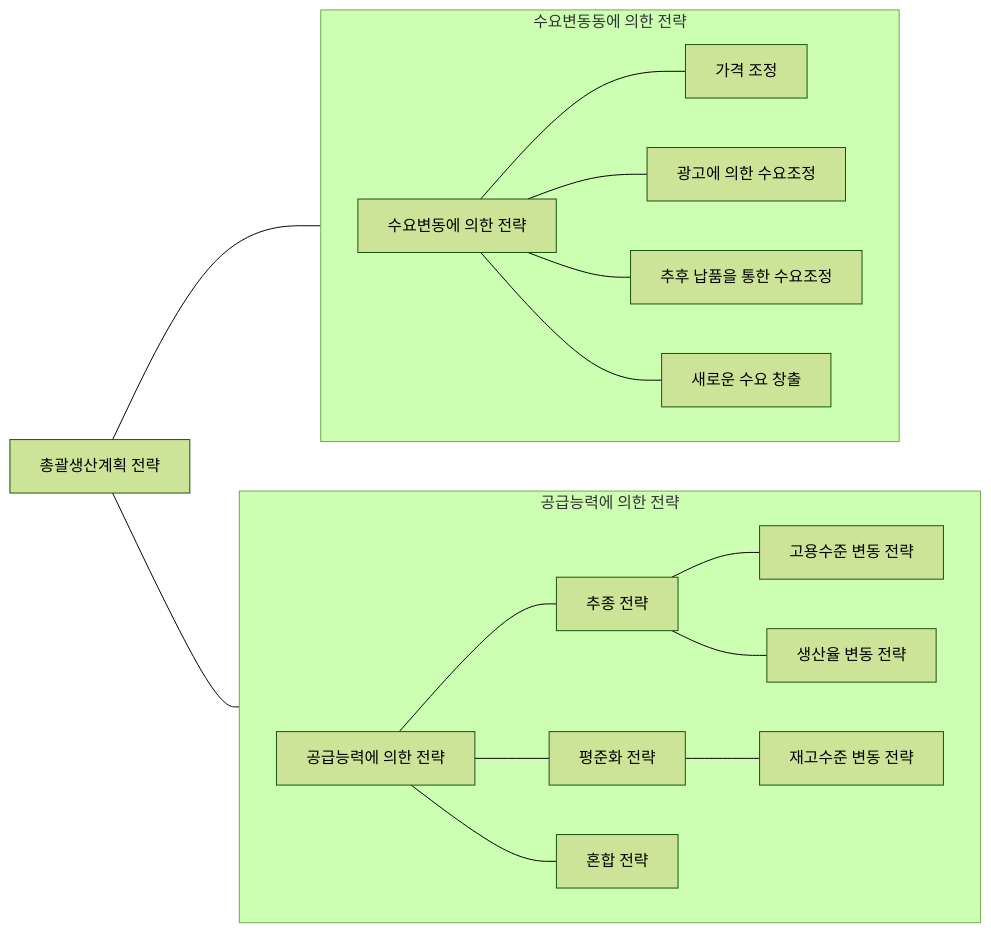
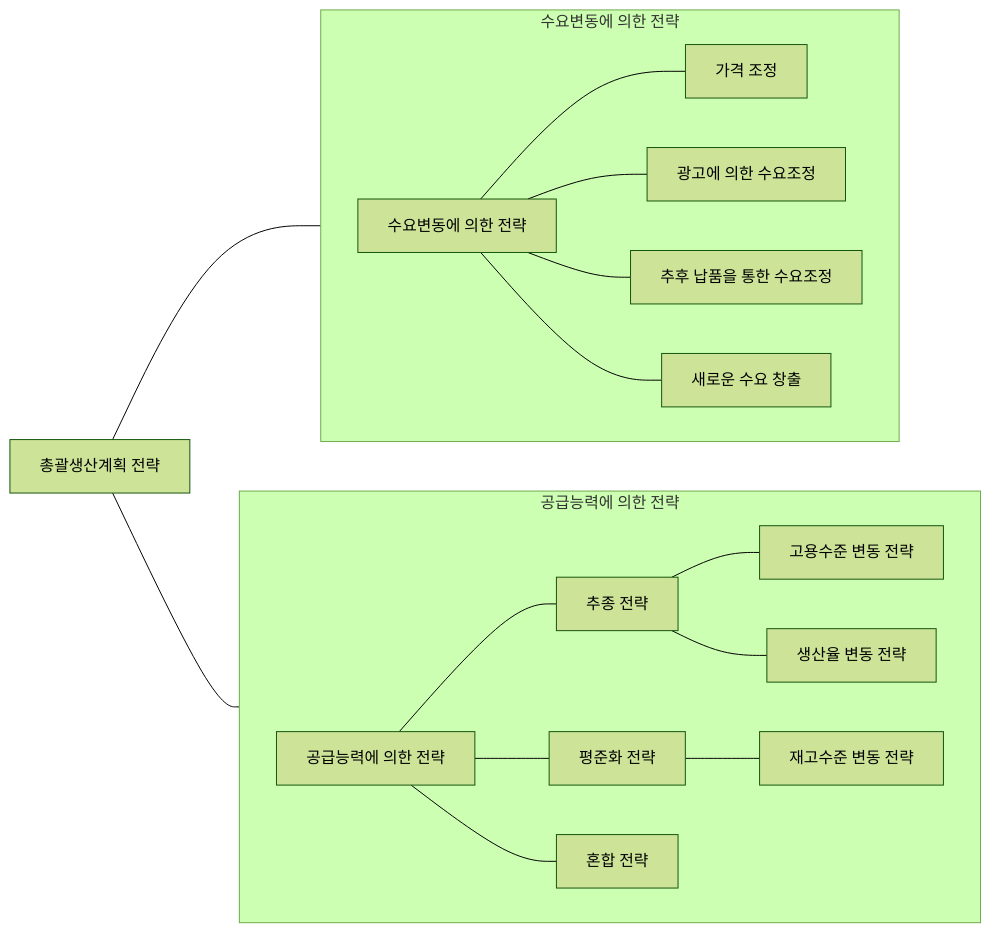
Before and after one commit to yeonkyupark/pepc2e: the second of 3 diagrams in 0501생산계획수립.qmd, drawn with Mermaid (forest theme). The commit also changed other lines of this file, not shown here.

````diff
--- a/0501생산계획수립.qmd
+++ b/0501생산계획수립.qmd
@@ -179,28 +187,28 @@
 ```{mermaid}
 flowchart LR
 00[총괄생산계획 전략]
 
 subgraph s01[공급능력에 의한 전략]
 direction LR
 01[공급능력에 의한 전략]
 10[추종 전략]
 20[평준화 전략]
 30[혼합 전략]
 10 --- 101["고용수준 변동 전략"] & 102["생산율 변동 전략"]
 20 --- 201["재고수준 변동 전략"]
 end
 
-subgraph s02[수요변동동에 의한 전략]
+subgraph s02[수요변동에 의한 전략]
 direction LR
 02[수요변동에 의한 전략]
 21[가격 조정]
 22[광고에 의한 수요조정]
 23[추후 납품을 통한 수요조정]
 24[새로운 수요 창출]
 end
 
 01 --- 10 & 20 & 30
 02 --- 21 & 22 & 23 & 24
 
 00 --- 01 & 02
 ```
````
